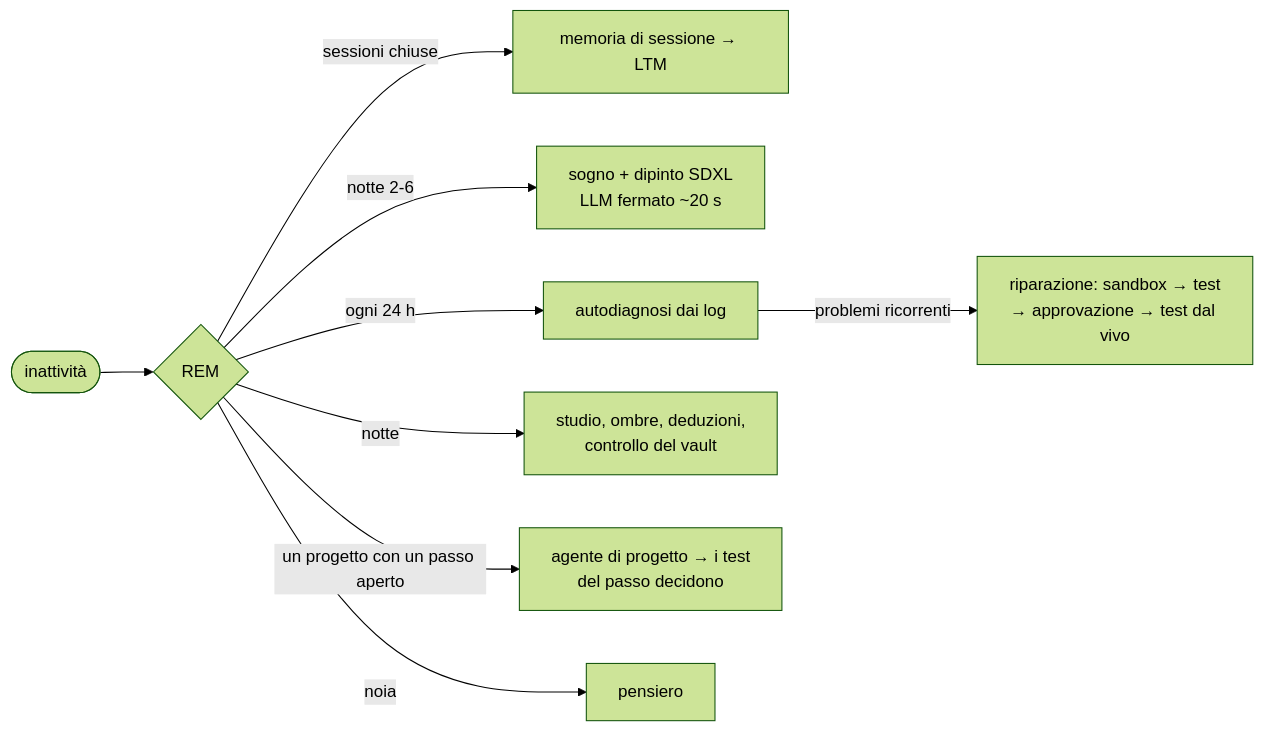
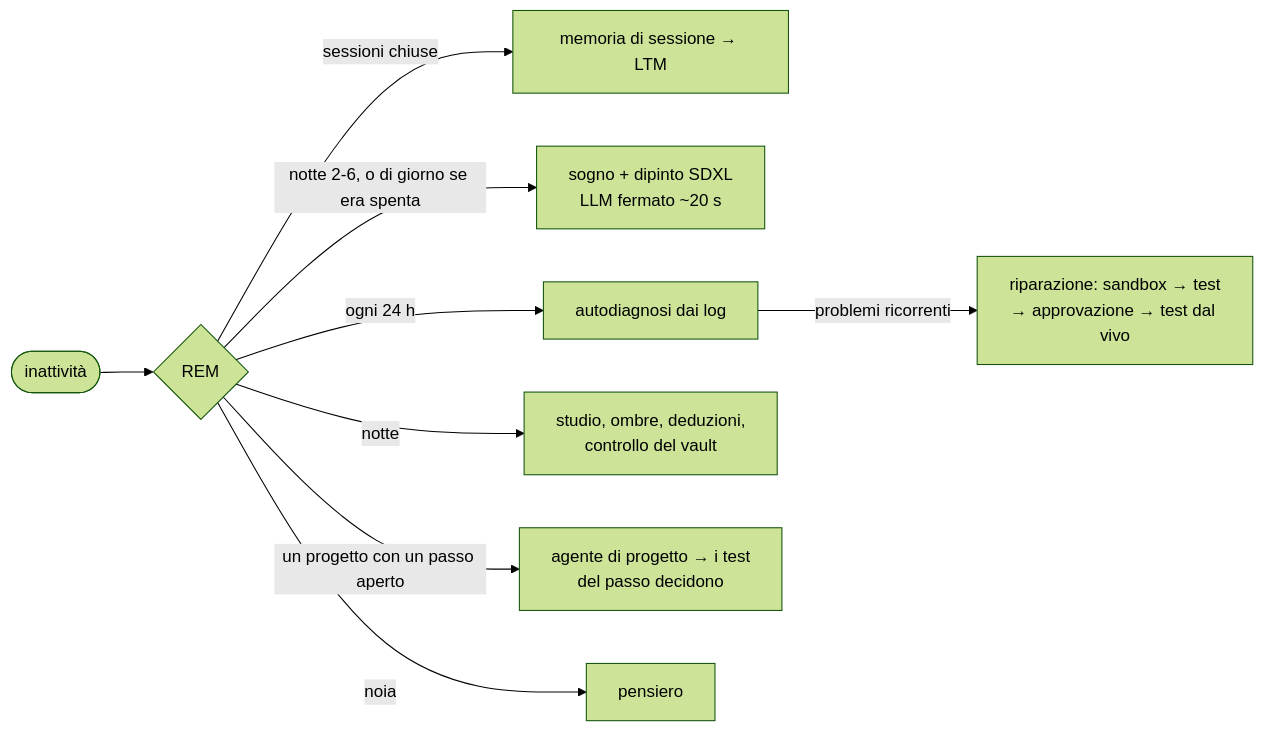
Before and after one commit to Soliton0382/A.U.R.O.R.A.: the sixth of 6 diagrams in README.md, drawn with Mermaid (forest theme). The commit also changed other lines of this file and 6 other files, not shown here.

````diff
--- a/README.md
+++ b/README.md
@@ -328,11 +402,11 @@
 ```mermaid
 flowchart LR
   I([inattività]) --> C{REM}
   C -- sessioni chiuse --> S[memoria di sessione → LTM]
-  C -- notte 2-6 --> D[sogno + dipinto SDXL<br/>LLM fermato ~20 s]
+  C -- notte 2-6, o di giorno se era spenta --> D[sogno + dipinto SDXL<br/>LLM fermato ~20 s]
   C -- ogni 24 h --> R[autodiagnosi dai log]
   R -- problemi ricorrenti --> P[riparazione: sandbox → test<br/>→ approvazione → test dal vivo]
   C -- notte --> N[studio, ombre, deduzioni,<br/>controllo del vault]
   C -- un progetto con un passo aperto --> J[agente di progetto → i test<br/>del passo decidono]
   C -- noia --> T[pensiero]
 ```
````
